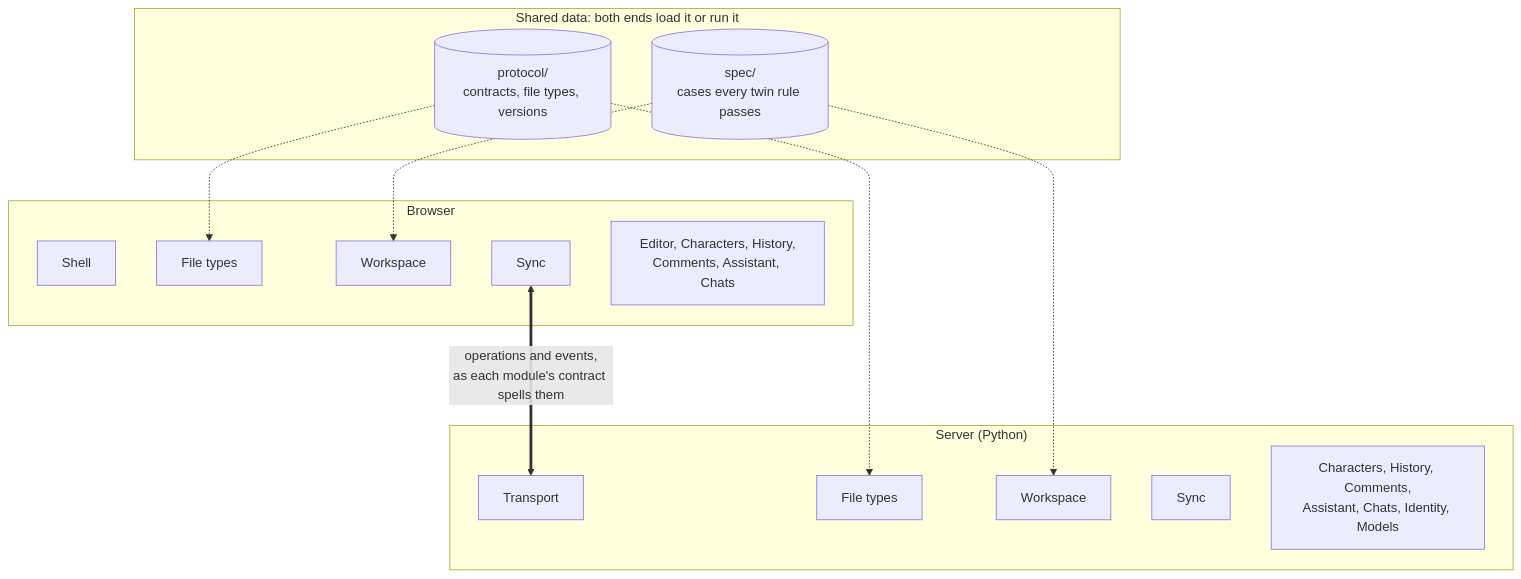
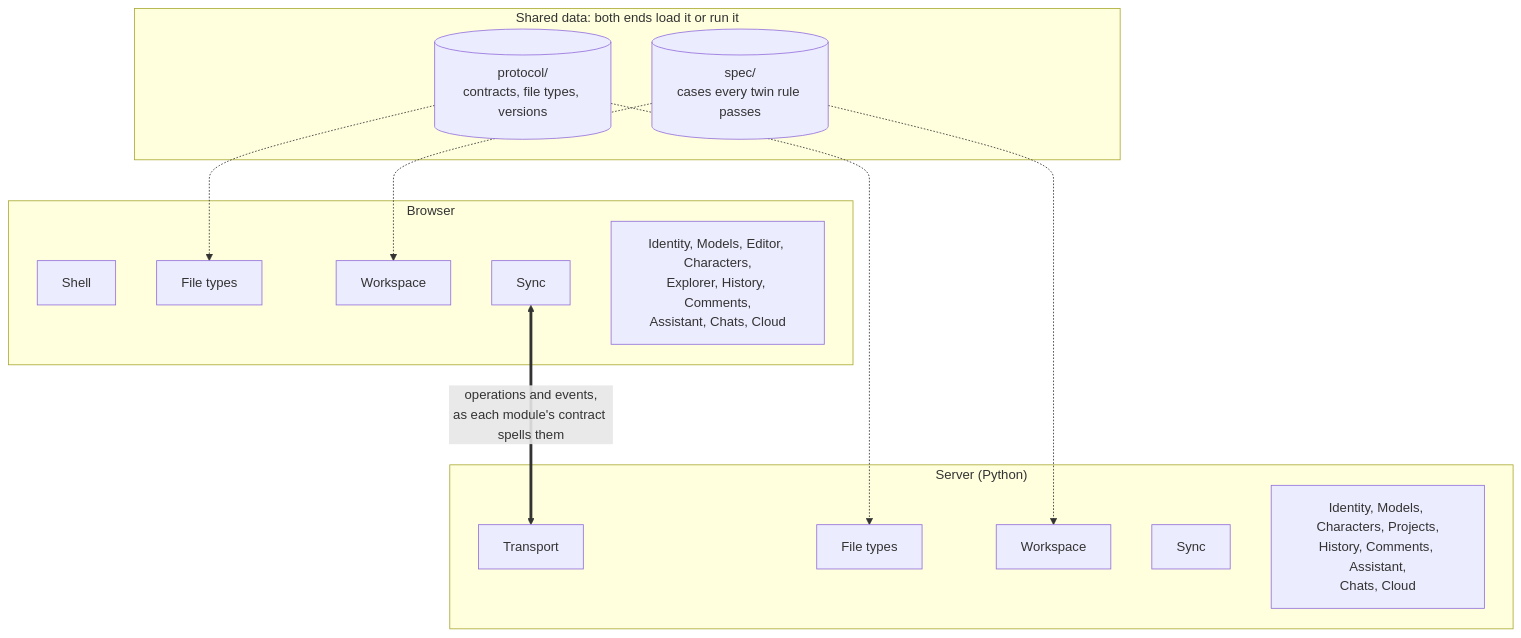
The second of 3 diagrams in docs/ARCHITECTURE.md (RustColeone/StiloMarker), drawn with Mermaid before and after one commit. The commit also changed other lines of this file and 34 other files, not shown here.

````diff
--- a/docs/ARCHITECTURE.md
+++ b/docs/ARCHITECTURE.md
@@ -143,24 +99,24 @@
 ```mermaid
 flowchart TB
   subgraph Browser
     BShell["Shell"]
     BTypes["File types"]
     BWork["Workspace"]
     BSync["Sync"]
-    BMore["Editor, Characters, History,<br/>Comments, Assistant, Chats"]
+    BMore["Identity, Models, Editor, Characters,<br/>Explorer, History, Comments,<br/>Assistant, Chats, Cloud"]
   end
   subgraph Shared["Shared data: both ends load it or run it"]
     Protocol[("protocol/<br/>contracts, file types, versions")]
     Spec[("spec/<br/>cases every twin rule passes")]
   end
   subgraph Server["Server (Python)"]
     STrans["Transport"]
     STypes["File types"]
     SWork["Workspace"]
     SSync["Sync"]
-    SMore["Characters, History, Comments,<br/>Assistant, Chats, Identity, Models"]
+    SMore["Identity, Models, Characters, Projects,<br/>History, Comments, Assistant,<br/>Chats, Cloud"]
   end
   BSync <==>|"operations and events,<br/>as each module's contract spells them"| STrans
   Protocol -.-> BTypes & STypes
   Spec -.-> BWork & SWork
 ```
````
